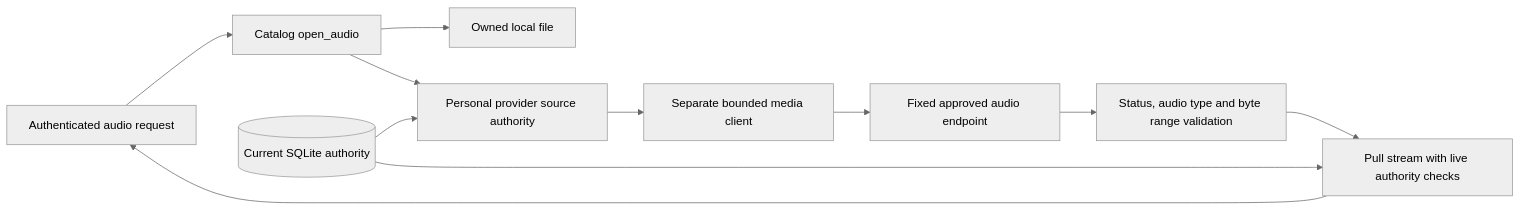
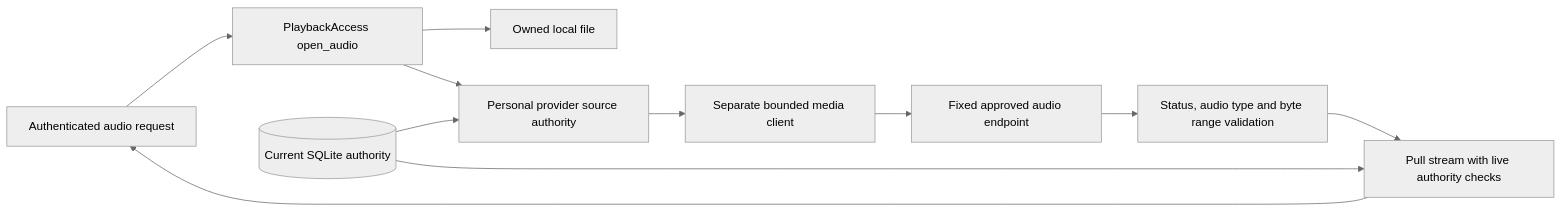
Before and after one commit to acidiney/hitoapp: the third of 6 diagrams in docs/plugins.md, drawn with Mermaid (neutral theme). The commit also changed 6 other files, not shown here.

Commit message:
Point remaining docs at PlaybackAccess, mark RFC 0002 done and state the remaining coupling

````diff
--- a/docs/plugins.md
+++ b/docs/plugins.md
@@ -124,13 +124,13 @@
 ```mermaid
 flowchart LR
-  Browser[Authenticated audio request] --> Catalog[Catalog open_audio]
-  Catalog --> Local[Owned local file]
-  Catalog --> Authority[Personal provider source authority]
+  Browser[Authenticated audio request] --> Access[PlaybackAccess open_audio]
+  Access --> Local[Owned local file]
+  Access --> Authority[Personal provider source authority]
   Authority --> Media[Separate bounded media client]
   Media --> Service[Fixed approved audio endpoint]
   Service --> Validate[Status, audio type and byte range validation]
   Validate --> Stream[Pull stream with live authority checks]
   Stream --> Browser
   Database[(Current SQLite authority)] --> Authority
   Database --> Stream
 ```
````
